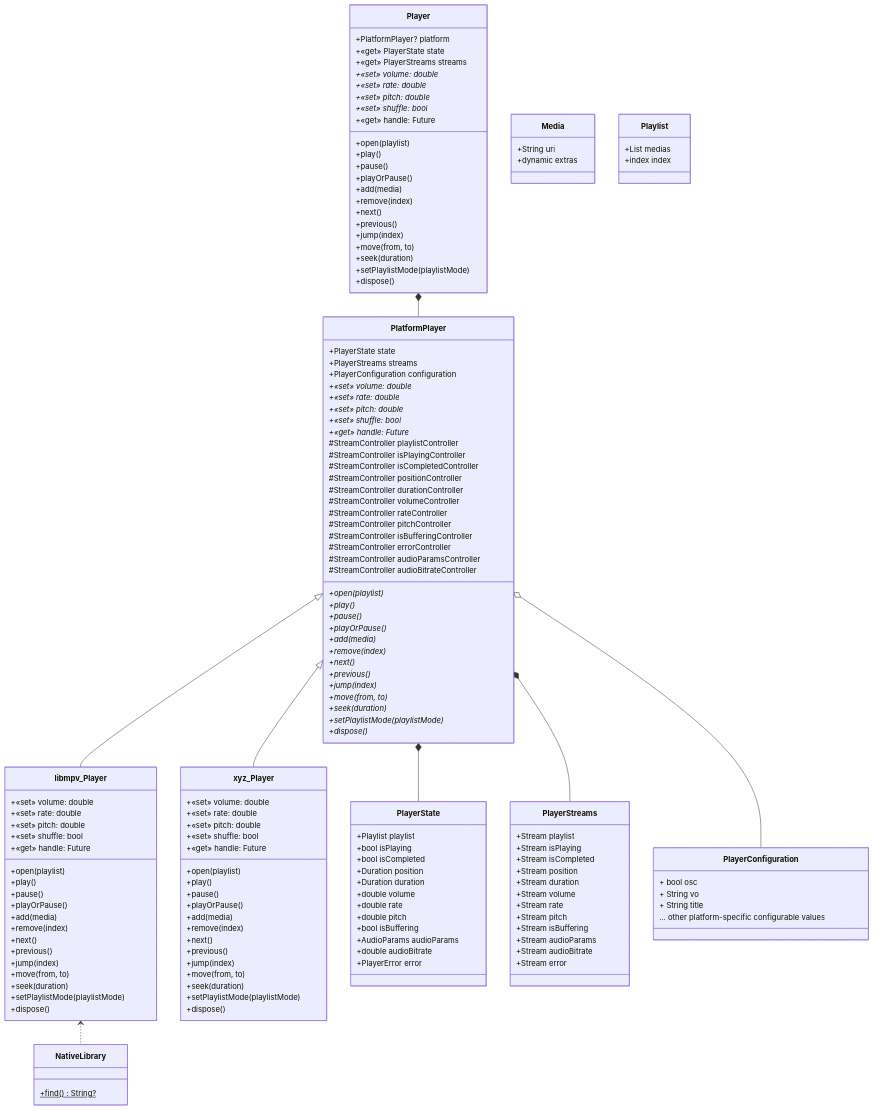
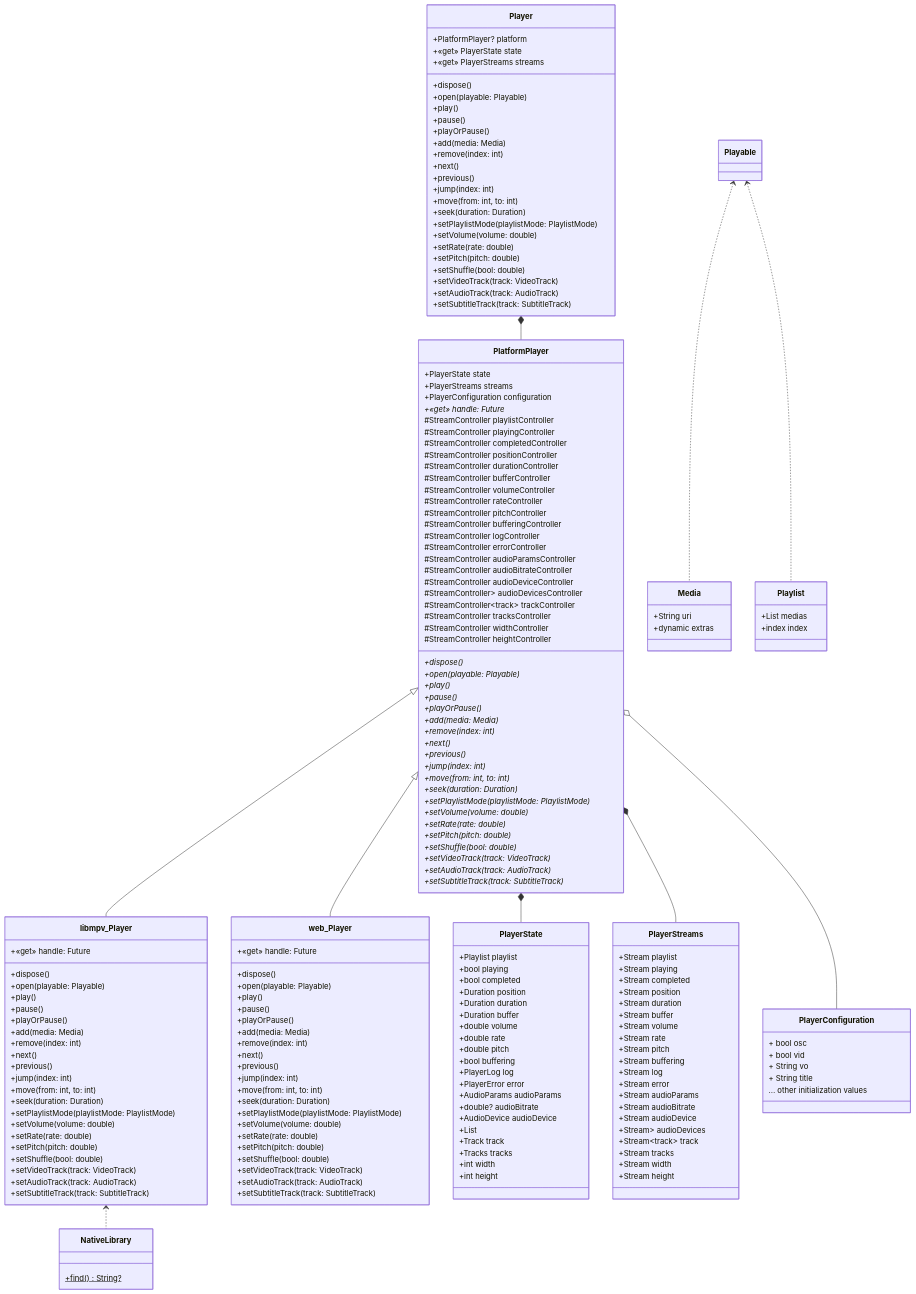
The first of 4 diagrams in README.md (coolight7/media-kit), drawn with Mermaid before and after one commit.

Commit message:
docs: update package:media_kit class diagram [skip ci]

````diff
--- a/README.md
+++ b/README.md
@@ -755,13 +755,19 @@
 
   Player *-- PlatformPlayer
   PlatformPlayer <|-- libmpv_Player
-  PlatformPlayer <|-- xyz_Player
+  PlatformPlayer <|-- web_Player
   PlatformPlayer *-- PlayerState
   PlatformPlayer *-- PlayerStreams
   PlatformPlayer o-- PlayerConfiguration
 
   libmpv_Player <.. NativeLibrary
-
+  
+  Playable <.. Media
+  Playable <.. Playlist
+  
+  class Playable {
+  }
+  
   class Media {
     +String uri
     +dynamic extras
@@ -774,39 +780,56 @@
 
   class PlayerConfiguration {
     + bool osc
+    + bool vid
     + String vo
     + String title
-    ... other platform-specific configurable values
+    ... other initialization values
   }
 
   class PlayerStreams {
     +Stream<Playlist> playlist
-    +Stream<bool> isPlaying
-    +Stream<bool> isCompleted
+    +Stream<bool> playing
+    +Stream<bool> completed
     +Stream<Duration> position
     +Stream<Duration> duration
+    +Stream<Duration> buffer
     +Stream<double> volume
     +Stream<double> rate
     +Stream<double> pitch
-    +Stream<bool> isBuffering
+    +Stream<bool> buffering
+    +Stream<PlayerLog> log
+    +Stream<PlayerError> error
     +Stream<AudioParams> audioParams
-    +Stream<double> audioBitrate
-    +Stream<PlayerError> error
+    +Stream<double?> audioBitrate
+    +Stream<AudioDevice> audioDevice
+    +Stream<List<AudioDevice>> audioDevices
+    +Stream<Track> track
+    +Stream<Tracks> tracks
+    +Stream<int> width
+    +Stream<int> height
   }
 
   class PlayerState {
     +Playlist playlist
-    +bool isPlaying
-    +bool isCompleted
+    +bool playing
+    +bool completed
     +Duration position
     +Duration duration
+    +Duration buffer
     +double volume
     +double rate
     +double pitch
-    +bool isBuffering
+    +bool buffering
+    +PlayerLog log
+    +PlayerError error
     +AudioParams audioParams
-    +double audioBitrate
-    +PlayerError error
+    +double? audioBitrate
+    +AudioDevice audioDevice
+    +List<AudioDevice audioDevices
+    +Track track
+    +Tracks tracks
+    +int width
+    +int height
   }
 
   class Player {
@@ -815,109 +838,129 @@
     +«get» PlayerState state
     +«get» PlayerStreams streams
 
-    +«set» volume: double*
-    +«set» rate: double*
-    +«set» pitch: double*
-    +«set» shuffle: bool*
-    +«get» handle: Future<int>
-
-    +open(playlist)
+    +dispose()
+    +open(playable: Playable)
     +play()
     +pause()
     +playOrPause()
-    +add(media)
-    +remove(index)
+    +add(media: Media)
+    +remove(index: int)
     +next()
     +previous()
-    +jump(index)
-    +move(from, to)
-    +seek(duration)
-    +setPlaylistMode(playlistMode)
-    +dispose()
+    +jump(index: int)
+    +move(from: int, to: int)
+    +seek(duration: Duration)
+    +setPlaylistMode(playlistMode: PlaylistMode)
+    +setVolume(volume: double)
+    +setRate(rate: double)
+    +setPitch(pitch: double)
+    +setShuffle(bool: double)
+    +setVideoTrack(track: VideoTrack)
+    +setAudioTrack(track: AudioTrack)
+    +setSubtitleTrack(track: SubtitleTrack)
   }
 
   class PlatformPlayer {
     +PlayerState state
     +PlayerStreams streams
     +PlayerConfiguration configuration
-
-    +open(playlist)*
+    
+    +dispose()*
+    +open(playable: Playable)*
     +play()*
     +pause()*
     +playOrPause()*
-    +add(media)*
-    +remove(index)*
+    +add(media: Media)*
+    +remove(index: int)*
     +next()*
     +previous()*
-    +jump(index)*
-    +move(from, to)*
-    +seek(duration)*
-    +setPlaylistMode(playlistMode)*
-    +dispose()*
+    +jump(index: int)*
+    +move(from: int, to: int)*
+    +seek(duration: Duration)*
+    +setPlaylistMode(playlistMode: PlaylistMode)*
+    +setVolume(volume: double)*
+    +setRate(rate: double)*
+    +setPitch(pitch: double)*
+    +setShuffle(bool: double)*
+    +setVideoTrack(track: VideoTrack)*
+    +setAudioTrack(track: AudioTrack)*
+    +setSubtitleTrack(track: SubtitleTrack)*
 
-    +«set» volume: double*
-    +«set» rate: double*
-    +«set» pitch: double*
-    +«set» shuffle: bool*
     +«get» handle: Future<int>*
 
     #StreamController<Playlist> playlistController
-    #StreamController<bool> isPlayingController
-    #StreamController<bool> isCompletedController
+    #StreamController<bool> playingController
+    #StreamController<bool> completedController
     #StreamController<Duration> positionController
     #StreamController<Duration> durationController
+    #StreamController<Duration> bufferController
     #StreamController<double> volumeController
     #StreamController<double> rateController
     #StreamController<double> pitchController
-    #StreamController<bool> isBufferingController
+    #StreamController<bool> bufferingController
+    #StreamController<PlayerLog> logController
     #StreamController<PlayerError> errorController
     #StreamController<AudioParams> audioParamsController
     #StreamController<double?> audioBitrateController
+    #StreamController<AudioDevice> audioDeviceController
+    #StreamController<List<AudioDevice>> audioDevicesController
+    #StreamController<Track> trackController
+    #StreamController<Tracks> tracksController
+    #StreamController<int> widthController
+    #StreamController<int> heightController
   }
 
   class libmpv_Player {
-    +open(playlist)
+    +dispose()
+    +open(playable: Playable)
     +play()
     +pause()
     +playOrPause()
-    +add(media)
-    +remove(index)
+    +add(media: Media)
+    +remove(index: int)
     +next()
     +previous()
-    +jump(index)
-    +move(from, to)
-    +seek(duration)
-    +setPlaylistMode(playlistMode)
-    +«set» volume: double
-    +«set» rate: double
-    +«set» pitch: double
-    +«set» shuffle: bool
+    +jump(index: int)
+    +move(from: int, to: int)
+    +seek(duration: Duration)
+    +setPlaylistMode(playlistMode: PlaylistMode)
+    +setVolume(volume: double)
+    +setRate(rate: double)
+    +setPitch(pitch: double)
+    +setShuffle(bool: double)
+    +setVideoTrack(track: VideoTrack)
+    +setAudioTrack(track: AudioTrack)
+    +setSubtitleTrack(track: SubtitleTrack)
+
     +«get» handle: Future<int>
+  }
+  
+  class web_Player {
     +dispose()
+    +open(playable: Playable)
+    +play()
+    +pause()
+    +playOrPause()
+    +add(media: Media)
+    +remove(index: int)
+    +next()
+    +previous()
+    +jump(index: int)
+    +move(from: int, to: int)
+    +seek(duration: Duration)
+    +setPlaylistMode(playlistMode: PlaylistMode)
+    +setVolume(volume: double)
+    +setRate(rate: double)
+    +setPitch(pitch: double)
+    +setShuffle(bool: double)
+    +setVideoTrack(track: VideoTrack)
+    +setAudioTrack(track: AudioTrack)
+    +setSubtitleTrack(track: SubtitleTrack)
+
+    +«get» handle: Future<int>
   }
 
   class NativeLibrary {
     +find()$ String?
   }
-
-  class xyz_Player {
-    +open(playlist)
-    +play()
-    +pause()
-    +playOrPause()
-    +add(media)
-    +remove(index)
-    +next()
-    +previous()
-    +jump(index)
-    +move(from, to)
-    +seek(duration)
-    +setPlaylistMode(playlistMode)
-    +«set» volume: double
-    +«set» rate: double
-    +«set» pitch: double
-    +«set» shuffle: bool
-    +«get» handle: Future<int>
-    +dispose()
-  }
 ```
````
